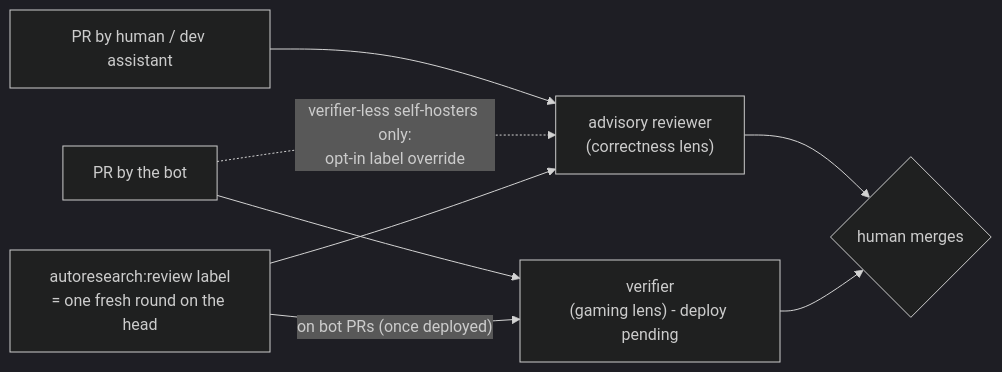
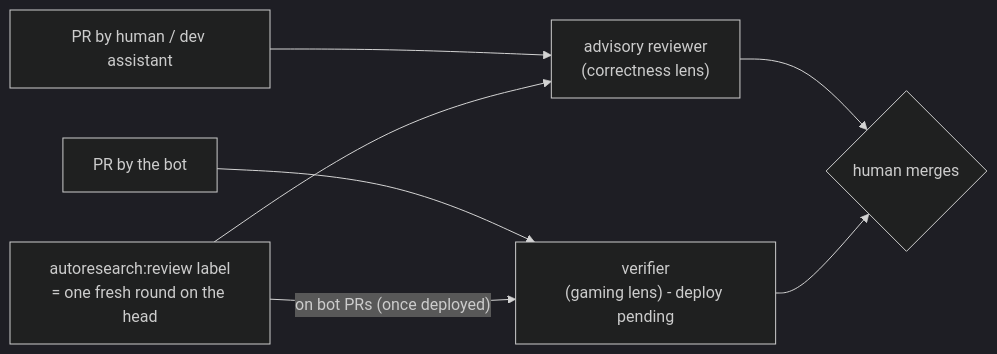
Before and after one commit to outerloop-science/outerloop: the fourth of 4 diagrams in docs/design/roles.md, drawn with Mermaid (dark theme). The commit also changed other lines of this file and 3 other files, not shown here.

````diff
--- a/docs/design/roles.md
+++ b/docs/design/roles.md
@@ -189,10 +189,9 @@
 ```mermaid
 flowchart LR
     HPR["PR by human / dev assistant"] --> AR["advisory reviewer<br/>(correctness lens)"]
     BPR["PR by the bot"] --> VF["verifier<br/>(gaming lens) - deploy pending"]
-    BPR -.->|"verifier-less self-hosters only:<br/>opt-in label override"| AR
     AR --> HM{human merges}
     VF --> HM
     L["autoresearch:review label<br/>= one fresh round on the head"] --> AR
     L -->|"on bot PRs (once deployed)"| VF
 ```
````
